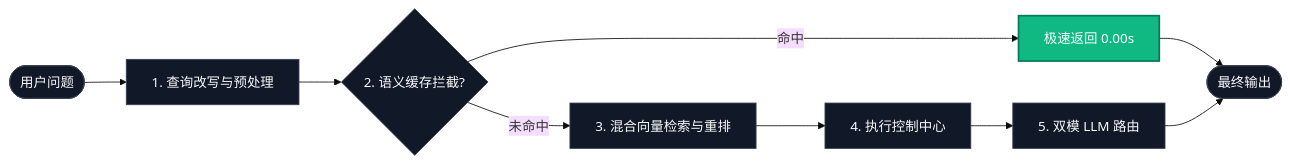
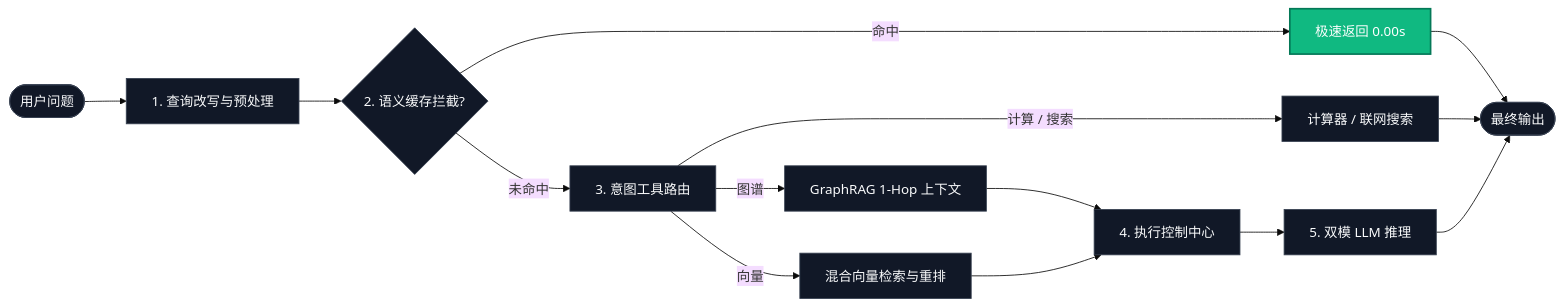
The first of 2 diagrams in docs/ARCHITECTURE_zh.md (Hao610/AI-Model-Atlas), drawn with Mermaid (base theme) before and after one commit. The commit also changed other lines of this file and 12 other files, not shown here.

Commit message:
feat(rag-app): implement Stage D GraphRAG MVP with native NetworkX extraction and 1-hop tool routing

````diff
--- a/docs/ARCHITECTURE_zh.md
+++ b/docs/ARCHITECTURE_zh.md
@@ -11,20 +11,27 @@
 ```mermaid
 flowchart LR
     Query([用户问题]) --> Pre[1. 查询改写与预处理]
     Pre --> Cache{2. 语义缓存拦截?}
     
     Cache -->|命中| CacheHit[极速返回 0.00s]
-    Cache -->|未命中| RAG[3. 混合向量检索与重排]
+    Cache -->|未命中| Router[3. 意图工具路由]
     
-    RAG --> Controller[4. 执行控制中心]
-    Controller --> LLM[5. 双模 LLM 路由]
+    Router -->|计算 / 搜索| ExternalTool[计算器 / 联网搜索]
+    Router -->|图谱| GraphRAG[GraphRAG 1-Hop 上下文]
+    Router -->|向量| RAG[混合向量检索与重排]
     
-    CacheHit --> Output([最终输出])
+    ExternalTool --> Output([最终输出])
+    GraphRAG --> Controller[4. 执行控制中心]
+    RAG --> Controller
+    
+    Controller --> LLM[5. 双模 LLM 推理]
+    
+    CacheHit --> Output
     LLM --> Output
 
     classDef default fill:#111827,stroke:#374151,stroke-width:1px,color:#f9fafb;
     classDef highlight fill:#10b981,stroke:#047857,stroke-width:2px,color:#fff;
     classDef title fill:#1f2937,stroke:#4b5563,stroke-width:1px,color:#f3f4f6;
 
     class CacheHit highlight;
 ```
````
